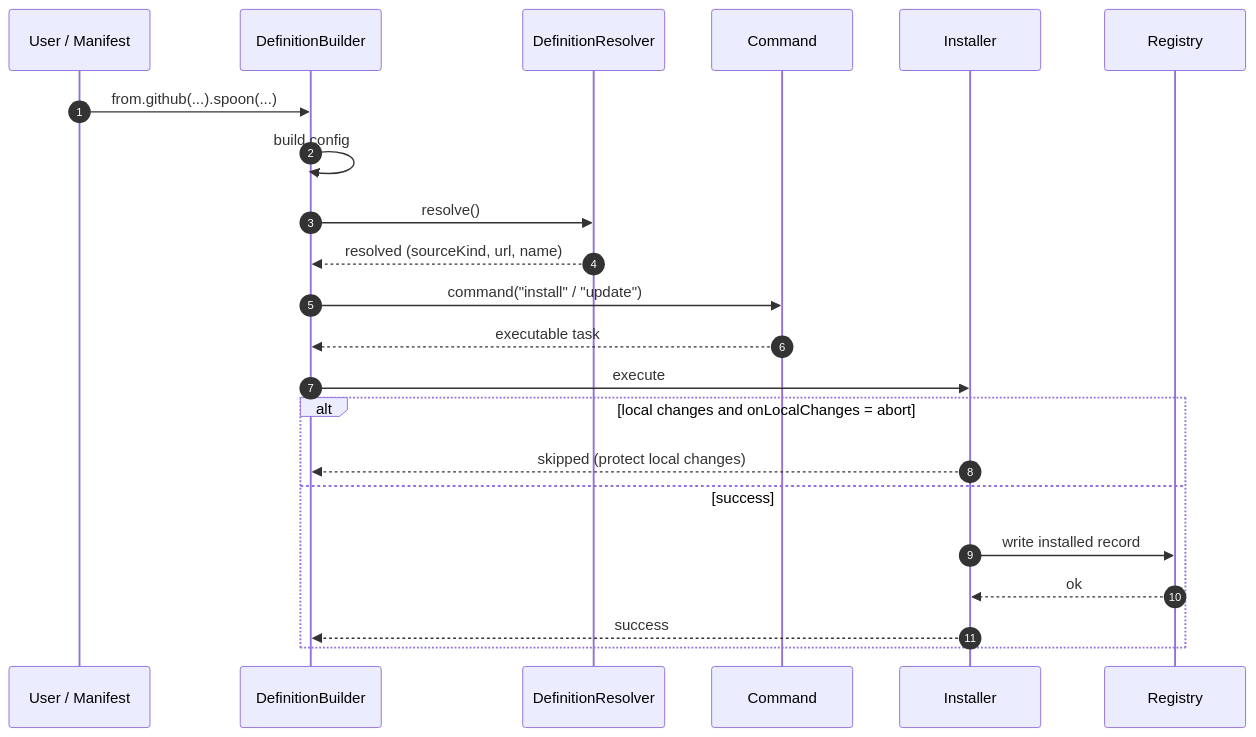
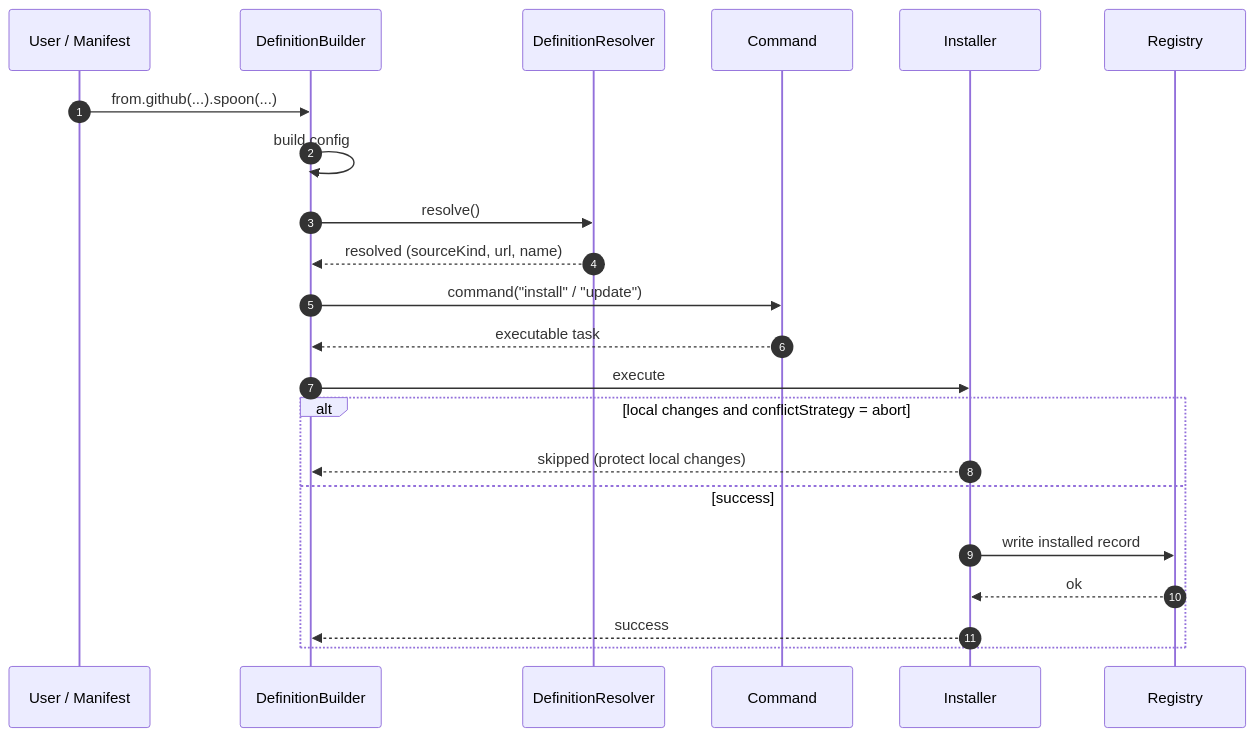
Before and after one commit to muescha/SpoonManager.spoon: the fifth of 5 diagrams in docs/architecture/reference/pipeline.md, drawn with Mermaid. The commit also changed other lines of this file and 7 other files, not shown here.

First line of the commit message:
Propagate naming/installOptions/conflictStrategy renames into docs

````diff
--- a/docs/architecture/reference/pipeline.md
+++ b/docs/architecture/reference/pipeline.md
@@ -131,24 +131,24 @@
 ```mermaid
 sequenceDiagram
   autonumber
   participant U as User / Manifest
   participant B as DefinitionBuilder
   participant Rz as DefinitionResolver
   participant Cmd as Command
   participant Ins as Installer
   participant Reg as Registry
   U->>B: from.github(...).spoon(...)
   B->>B: build config
   B->>Rz: resolve()
   Rz-->>B: resolved (sourceKind, url, name)
   B->>Cmd: command("install" / "update")
   Cmd-->>B: executable task
   B->>Ins: execute
-  alt local changes and onLocalChanges = abort
+  alt local changes and conflictStrategy = abort
     Ins-->>B: skipped (protect local changes)
   else success
     Ins->>Reg: write installed record
     Reg-->>Ins: ok
     Ins-->>B: success
   end
 ```
````
